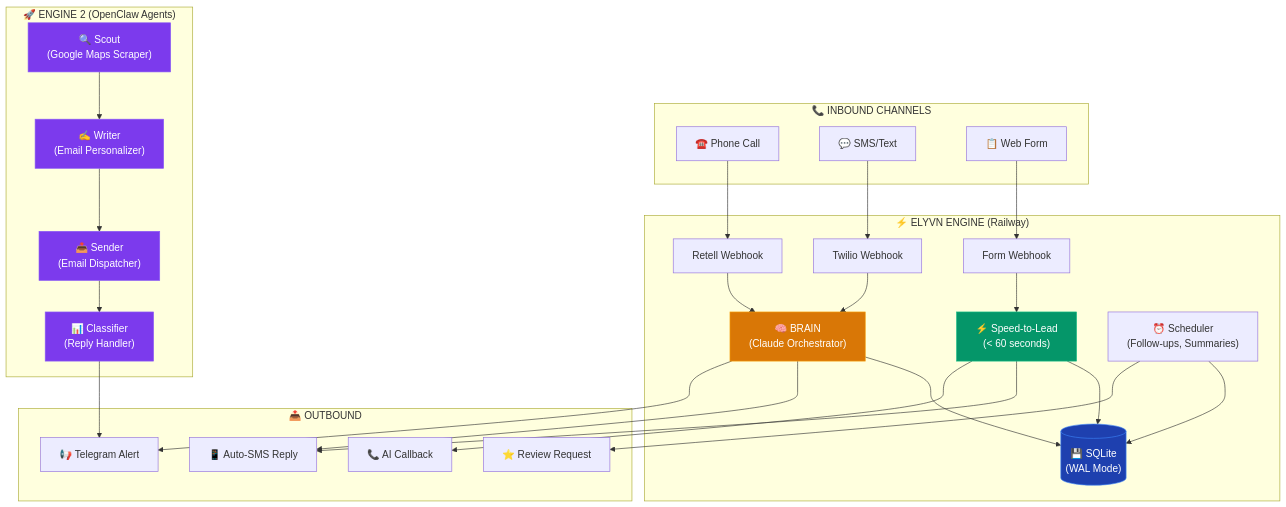
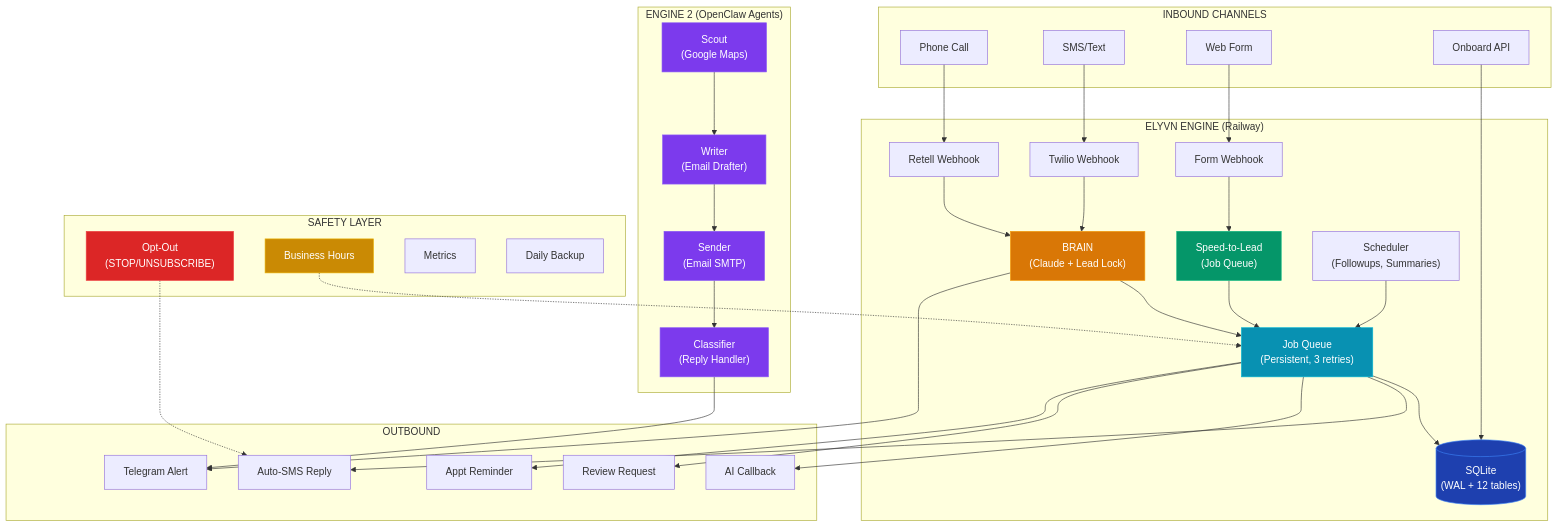
One commit to sweetsinai/elyvn changed the first of 3 diagrams in README.md. Above: the diagram before and after it, drawn with Mermaid. The commit also changed other lines of this file, not shown here.

First line of the commit message:
docs: update README with job queue, opt-out, business hours, onboarding, metrics, backups

````diff
--- a/README.md
+++ b/README.md
@@ -44,63 +45,81 @@
 ```mermaid
 graph TB
-    subgraph INBOUND["📞 INBOUND CHANNELS"]
-        CALL["☎️ Phone Call"]
-        SMS["💬 SMS/Text"]
-        FORM["📋 Web Form"]
+    subgraph INBOUND["INBOUND CHANNELS"]
+        CALL["Phone Call"]
+        SMS["SMS/Text"]
+        FORM["Web Form"]
+        ONBOARD["Onboard API"]
     end
 
-    subgraph ENGINE["⚡ ELYVN ENGINE (Railway)"]
+    subgraph ENGINE["ELYVN ENGINE (Railway)"]
         RETELL["Retell Webhook"]
         TWILIO["Twilio Webhook"]
         FORMWH["Form Webhook"]
-        BRAIN["🧠 BRAIN\n(Claude Orchestrator)"]
-        STL["⚡ Speed-to-Lead\n(< 60 seconds)"]
-        SCHED["⏰ Scheduler\n(Follow-ups, Summaries)"]
-        DB[("💾 SQLite\n(WAL Mode)")]
+        BRAIN["BRAIN\n(Claude + Lead Lock)"]
+        STL["Speed-to-Lead\n(Job Queue)"]
+        SCHED["Scheduler\n(Followups, Summaries)"]
+        JOBQ["Job Queue\n(Persistent, 3 retries)"]
+        DB[("SQLite\n(WAL + 12 tables)")]
     end
 
-    subgraph OUTBOUND["📤 OUTBOUND"]
-        SMSO["📱 Auto-SMS Reply"]
-        CALLBACK["📞 AI Callback"]
-        TGNOTIFY["📢 Telegram Alert"]
-        REVIEW["⭐ Review Request"]
+    subgraph OUTBOUND["OUTBOUND"]
+        SMSO["Auto-SMS Reply"]
+        CALLBACK["AI Callback"]
+        TGNOTIFY["Telegram Alert"]
+        REVIEW["Review Request"]
+        REMIND["Appt Reminder"]
     end
 
-    subgraph MARKETING["🚀 ENGINE 2 (OpenClaw Agents)"]
-        SCOUT["🔍 Scout\n(Google Maps Scraper)"]
-        WRITER["✍️ Writer\n(Email Personalizer)"]
-        SENDER["📤 Sender\n(Email Dispatcher)"]
-        CLASSIFIER["📊 Classifier\n(Reply Handler)"]
+    subgraph MARKETING["ENGINE 2 (OpenClaw Agents)"]
+        SCOUT["Scout\n(Google Maps)"]
+        WRITER["Writer\n(Email Drafter)"]
+        SENDER["Sender\n(Email SMTP)"]
+        CLASSIFIER["Classifier\n(Reply Handler)"]
+    end
+
+    subgraph SAFETY["SAFETY LAYER"]
+        OPTOUT["Opt-Out\n(STOP/UNSUBSCRIBE)"]
+        BIZHRS["Business Hours"]
+        METRICS["Metrics"]
+        BACKUP["Daily Backup"]
     end
 
     CALL --> RETELL
     SMS --> TWILIO
     FORM --> FORMWH
+    ONBOARD --> DB
 
     RETELL --> BRAIN
     TWILIO --> BRAIN
     FORMWH --> STL
 
-    BRAIN --> DB
-    STL --> DB
-    SCHED --> DB
+    BRAIN --> JOBQ
+    STL --> JOBQ
+    SCHED --> JOBQ
+    JOBQ --> DB
 
-    BRAIN --> SMSO
+    JOBQ --> SMSO
+    JOBQ --> CALLBACK
     BRAIN --> TGNOTIFY
-    STL --> SMSO
-    STL --> CALLBACK
-    SCHED --> REVIEW
+    JOBQ --> REVIEW
+    JOBQ --> REMIND
+
+    OPTOUT -.-> SMSO
+    BIZHRS -.-> JOBQ
 
     SCOUT --> WRITER
     WRITER --> SENDER
     SENDER --> CLASSIFIER
     CLASSIFIER --> TGNOTIFY
 
     style BRAIN fill:#D97706,stroke:#F59E0B,color:#fff
     style STL fill:#059669,stroke:#10B981,color:#fff
+    style JOBQ fill:#0891B2,stroke:#06B6D4,color:#fff
     style DB fill:#1E40AF,stroke:#3B82F6,color:#fff
     style SCOUT fill:#7C3AED,stroke:#8B5CF6,color:#fff
     style WRITER fill:#7C3AED,stroke:#8B5CF6,color:#fff
     style SENDER fill:#7C3AED,stroke:#8B5CF6,color:#fff
     style CLASSIFIER fill:#7C3AED,stroke:#8B5CF6,color:#fff
+    style OPTOUT fill:#DC2626,stroke:#EF4444,color:#fff
+    style BIZHRS fill:#CA8A04,stroke:#EAB308,color:#fff
 ```
````
